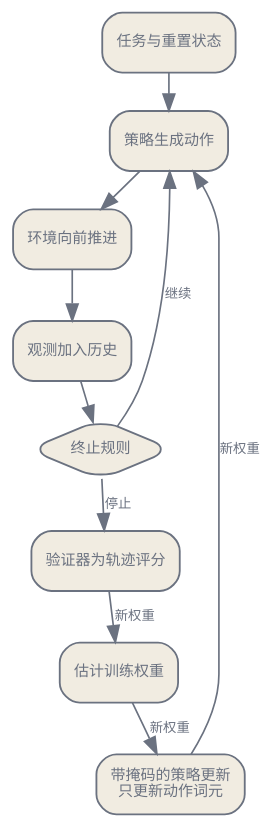
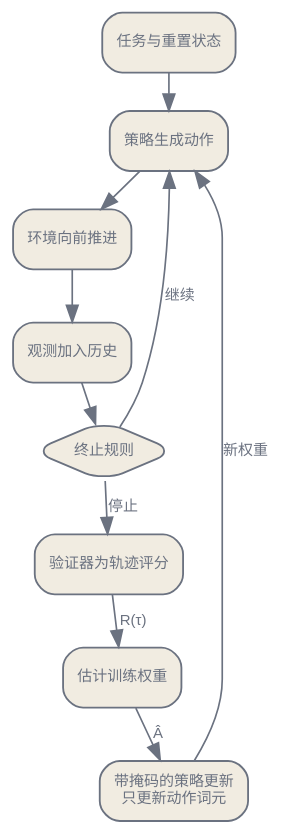
One commit to latere-ai/ai-as-an-infrastructure changed the diagram in zh/orchestration/01-training-agents-to-act.qmd. Above: the diagram before and after it, drawn with Graphviz. The commit also changed 1 other file, not shown here.

Commit message:
orchestration: rl loop names its return, advantage and new-weights edges once, edge text at 9 pt

````diff
--- a/zh/orchestration/01-training-agents-to-act.qmd
+++ b/zh/orchestration/01-training-agents-to-act.qmd
@@ -74,26 +74,27 @@
 ```{dot}
 //| label: fig-agent-rl-loop
 //| fig-cap: "一次轨迹训练循环。策略与环境轮流执行，直到终止规则触发。验证器随后为已记录的轨迹评分，优势估计器给出训练权重，策略更新则通过来源掩码，只把策略生成的动作词元计入策略损失。图中省略了资源部署与调度选择。"
 digraph {
   bgcolor="transparent";
-  size="3.2,8.0";
   rankdir=TB;
   nodesep=0.2; ranksep=0.3;
   node [shape=box, style="rounded,filled", fontname="Helvetica", fontsize=9, color="#6b7280", fontcolor="#6b7280", fillcolor="#f1ece1", penwidth=1.1];
-  edge [fontsize=8, fontname="Helvetica", color="#6b7280", fontcolor="#6b7280"];
+  edge [fontsize=9, fontname="Helvetica", color="#6b7280", fontcolor="#6b7280"];
 
   TASK [label="任务与重置状态"];
   POLICY [label="策略生成动作"];
   ENV [label="环境向前推进"];
   OBS [label="观测加入历史"];
   TERM [label="终止规则", shape=diamond];
   VERIFY [label="验证器为轨迹评分"];
   ADV [label="估计训练权重"];
   UPDATE [label="带掩码的策略更新\n只更新动作词元"];
 
   TASK -> POLICY -> ENV -> OBS -> TERM;
   TERM -> POLICY [label="继续"];
   TERM -> VERIFY [label="停止"];
-  VERIFY -> ADV -> UPDATE -> POLICY [label="新权重"];
+  VERIFY -> ADV [label="R(τ)"];
+  ADV -> UPDATE [label="Â"];
+  UPDATE -> POLICY [label="新权重"];
 }
 ```
````
